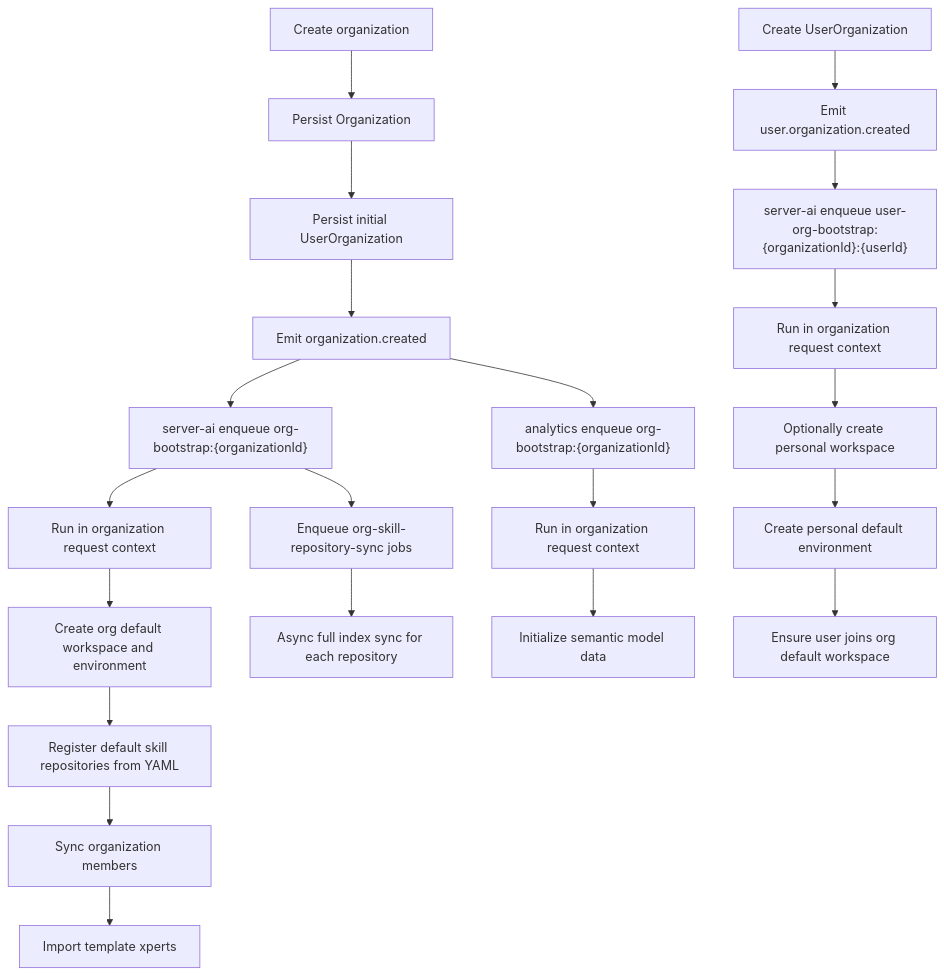
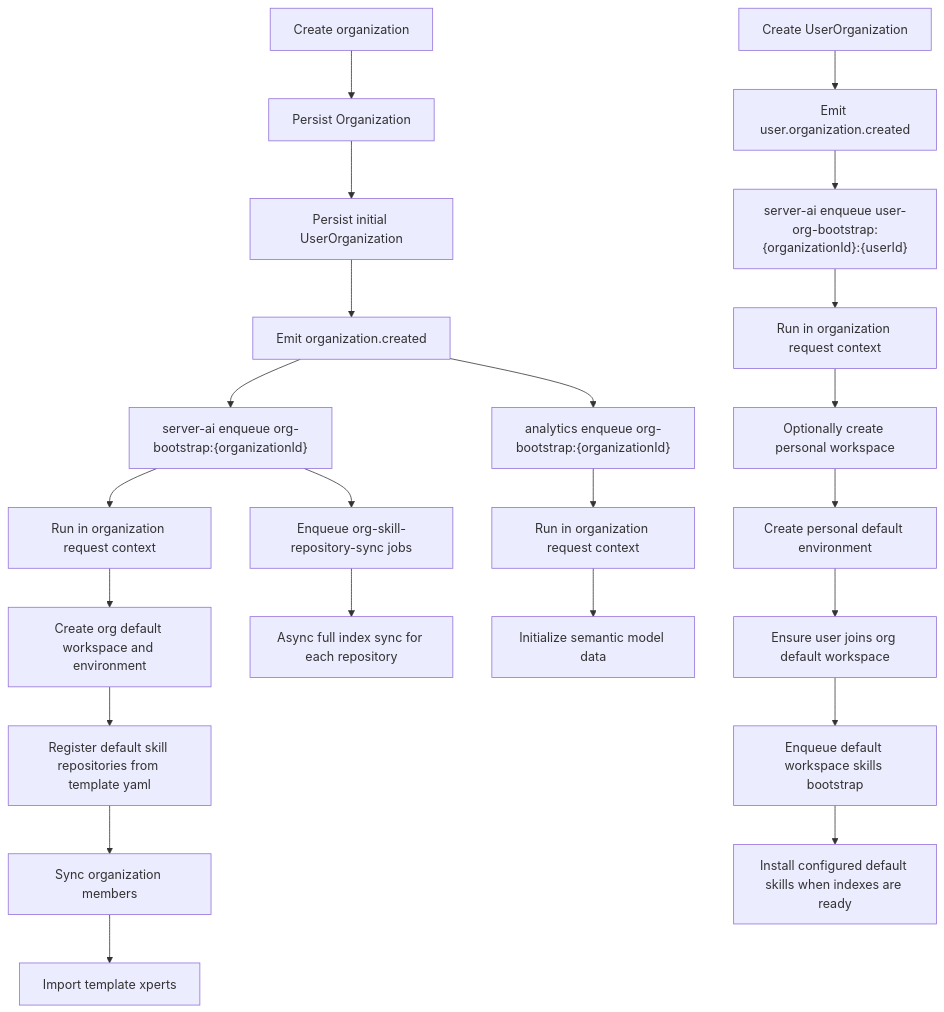
The diagram in docs/en/guides/organization-bootstrap.mdx (xpert-ai/xpert), drawn with Mermaid before and after one commit. The commit also changed other lines of this file and 19 other files, not shown here.

````diff
--- a/docs/en/guides/organization-bootstrap.mdx
+++ b/docs/en/guides/organization-bootstrap.mdx
@@ -114,24 +114,26 @@
 ```mermaid
 flowchart TD
   A["Create organization"] --> B["Persist Organization"]
   B --> C["Persist initial UserOrganization"]
   C --> D["Emit organization.created"]
   D --> E["server-ai enqueue org-bootstrap:{organizationId}"]
   D --> F["analytics enqueue org-bootstrap:{organizationId}"]
   E --> G["Run in organization request context"]
   F --> H["Run in organization request context"]
   G --> I["Create org default workspace and environment"]
-  I --> J["Register default skill repositories from YAML"]
+  I --> J["Register default skill repositories from template yaml"]
   J --> K["Sync organization members"]
   K --> L["Import template xperts"]
   E --> M["Enqueue org-skill-repository-sync jobs"]
   M --> N["Async full index sync for each repository"]
-  H --> V["Initialize semantic model data"]
+  H --> X["Initialize semantic model data"]
 
   O["Create UserOrganization"] --> P["Emit user.organization.created"]
   P --> Q["server-ai enqueue user-org-bootstrap:{organizationId}:{userId}"]
   Q --> R["Run in organization request context"]
   R --> S["Optionally create personal workspace"]
   S --> T["Create personal default environment"]
   T --> U["Ensure user joins org default workspace"]
+  U --> V["Enqueue default workspace skills bootstrap"]
+  V --> W["Install configured default skills when indexes are ready"]
 ```
````
